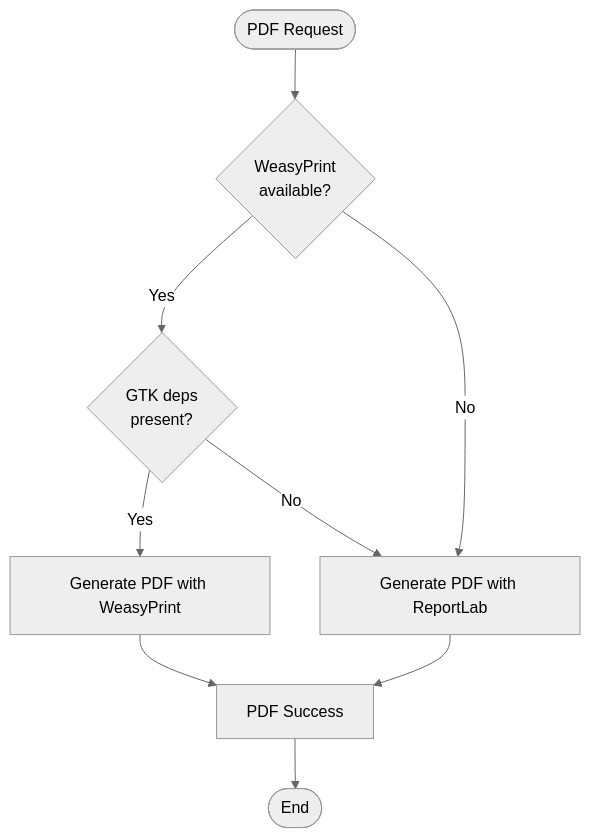
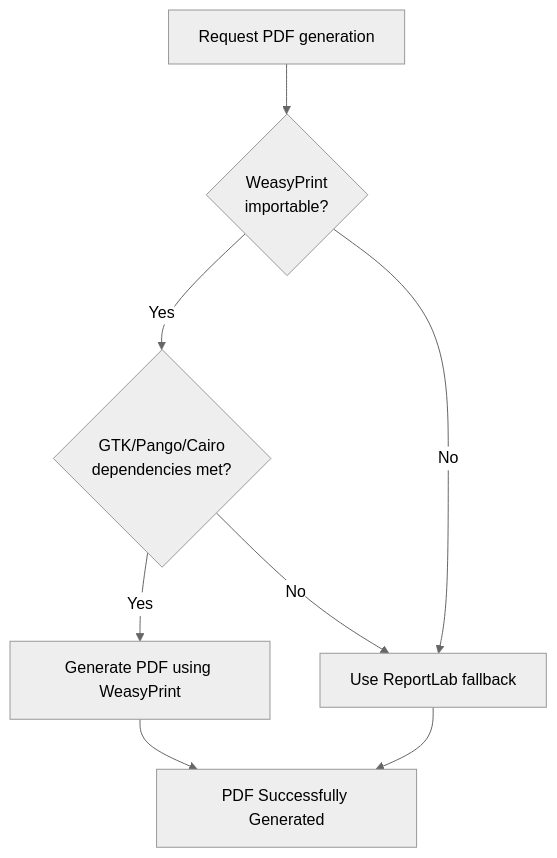
The third of 3 diagrams in README.md (themanishpndt/AI-Resume-Builder), drawn with Mermaid (neutral theme) before and after one commit. The commit also changed other lines of this file, not shown here.

````diff
--- a/README.md
+++ b/README.md
@@ -153,12 +173,10 @@
 ```mermaid
 flowchart TD
-    Start([PDF Request]) --> CheckWeasyPrint{WeasyPrint\navailable?}
-    CheckWeasyPrint -->|Yes| CheckGTK{GTK deps\npresent?}
-    CheckGTK -->|Yes| WeasyPrint[Generate PDF with WeasyPrint]
-    CheckGTK -->|No| ReportLab[Generate PDF with ReportLab]
-    CheckWeasyPrint -->|No| ReportLab
-    
-    WeasyPrint --> Success[PDF Success]
-    ReportLab --> Success
-    Success --> End([End])
+    Start[Request PDF generation] --> CheckWeasyPrint{WeasyPrint<br/>importable?}
+    CheckWeasyPrint -->|Yes| CheckDeps{GTK/Pango/Cairo<br/>dependencies met?}
+    CheckDeps -->|Yes| WeasyPrint[Generate PDF using WeasyPrint]
+    CheckWeasyPrint -->|No| Fallback[Use ReportLab fallback]
+    CheckDeps -->|No| Fallback
+    WeasyPrint --> Success[PDF Successfully Generated]
+    Fallback --> Success
 ```
````
